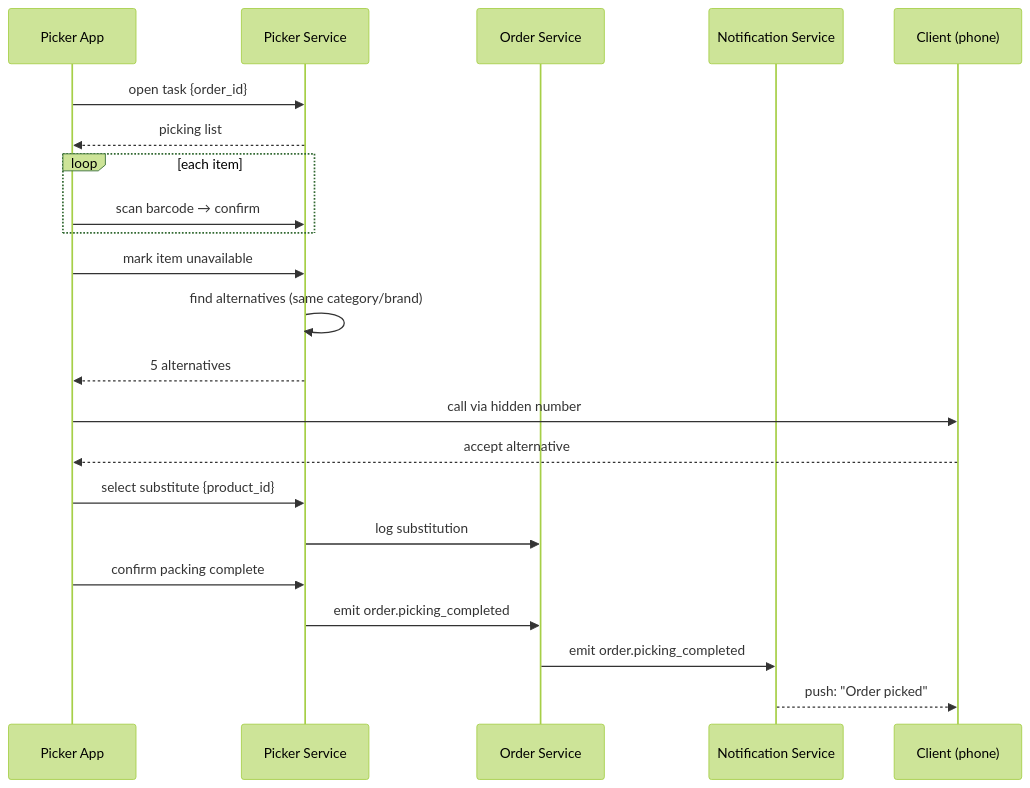
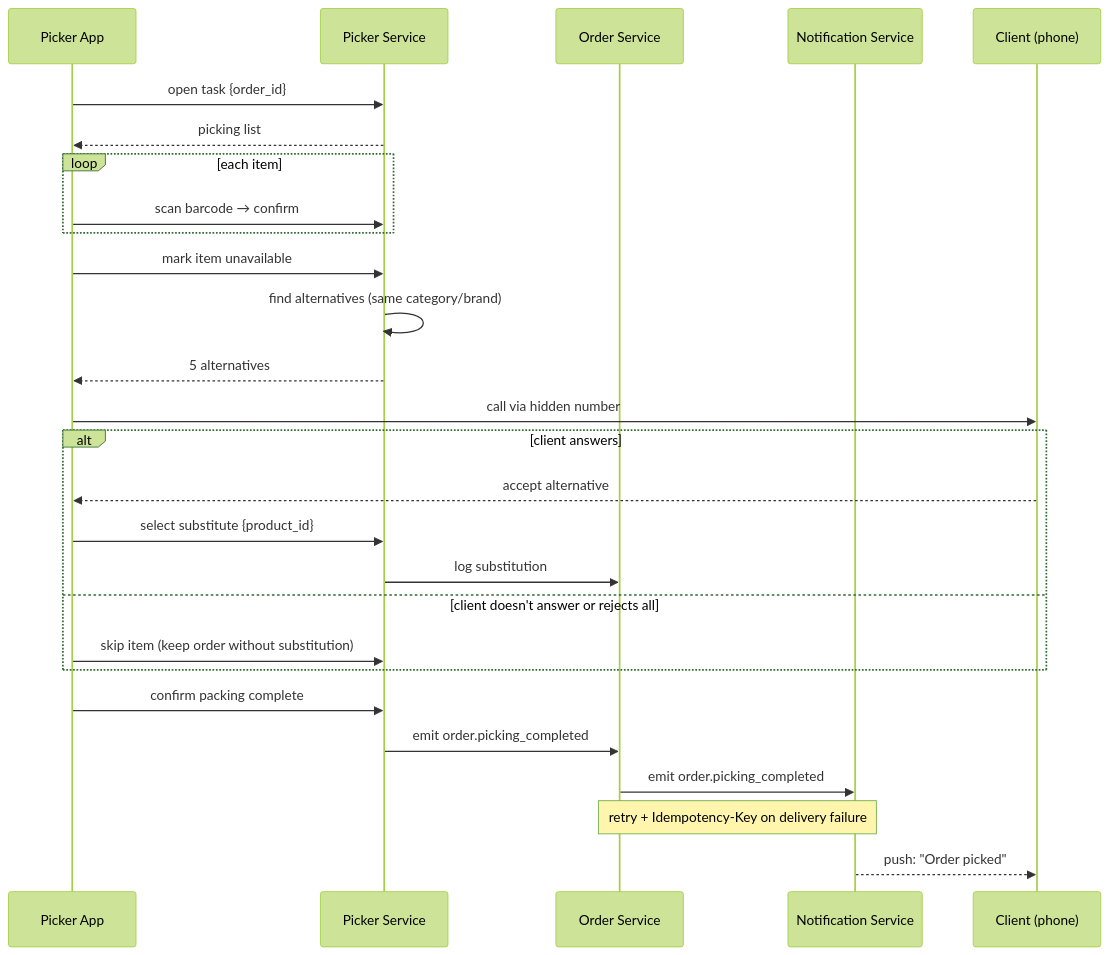
Before and after one commit to bestdeejay-design/srs-docs: the eighth of 18 diagrams in SRS/SRS-pdf.md, drawn with Mermaid (forest theme). The commit also changed other lines of this file, not shown here.

Commit message:
sync SRS-pdf.md to v1.14 (all prompts 1-14, pipe tables → HTML via prepare-pdf.py)

````diff
--- a/SRS/SRS-pdf.md
+++ b/SRS/SRS-pdf.md
@@ -589,25 +2334,30 @@
 ```mermaid
 sequenceDiagram
     participant Picker as Picker App
     participant PickerSvc as Picker Service
     participant Order as Order Service
     participant Notif as Notification Service
     participant Client as Client (phone)
 
     Picker->>PickerSvc: open task {order_id}
     PickerSvc-->>Picker: picking list
     loop each item
         Picker->>PickerSvc: scan barcode → confirm
     end
     Picker->>PickerSvc: mark item unavailable
     PickerSvc->>PickerSvc: find alternatives (same category/brand)
     PickerSvc-->>Picker: 5 alternatives
     Picker->>Client: call via hidden number
-    Client-->>Picker: accept alternative #2
-    Picker->>PickerSvc: select substitute {product_id}
-    PickerSvc->>Order: log substitution
+    alt client answers
+        Client-->>Picker: accept alternative #2
+        Picker->>PickerSvc: select substitute {product_id}
+        PickerSvc->>Order: log substitution
+    else client doesn't answer or rejects all
+        Picker->>PickerSvc: skip item (keep order without substitution)
+    end
     Picker->>PickerSvc: confirm packing complete
     PickerSvc->>Order: emit order.picking_completed
     Order->>Notif: emit order.picking_completed
+    Note over Order,Notif: retry + Idempotency-Key on delivery failure
     Notif-->>Client: push: "Order picked"
 ```
````
